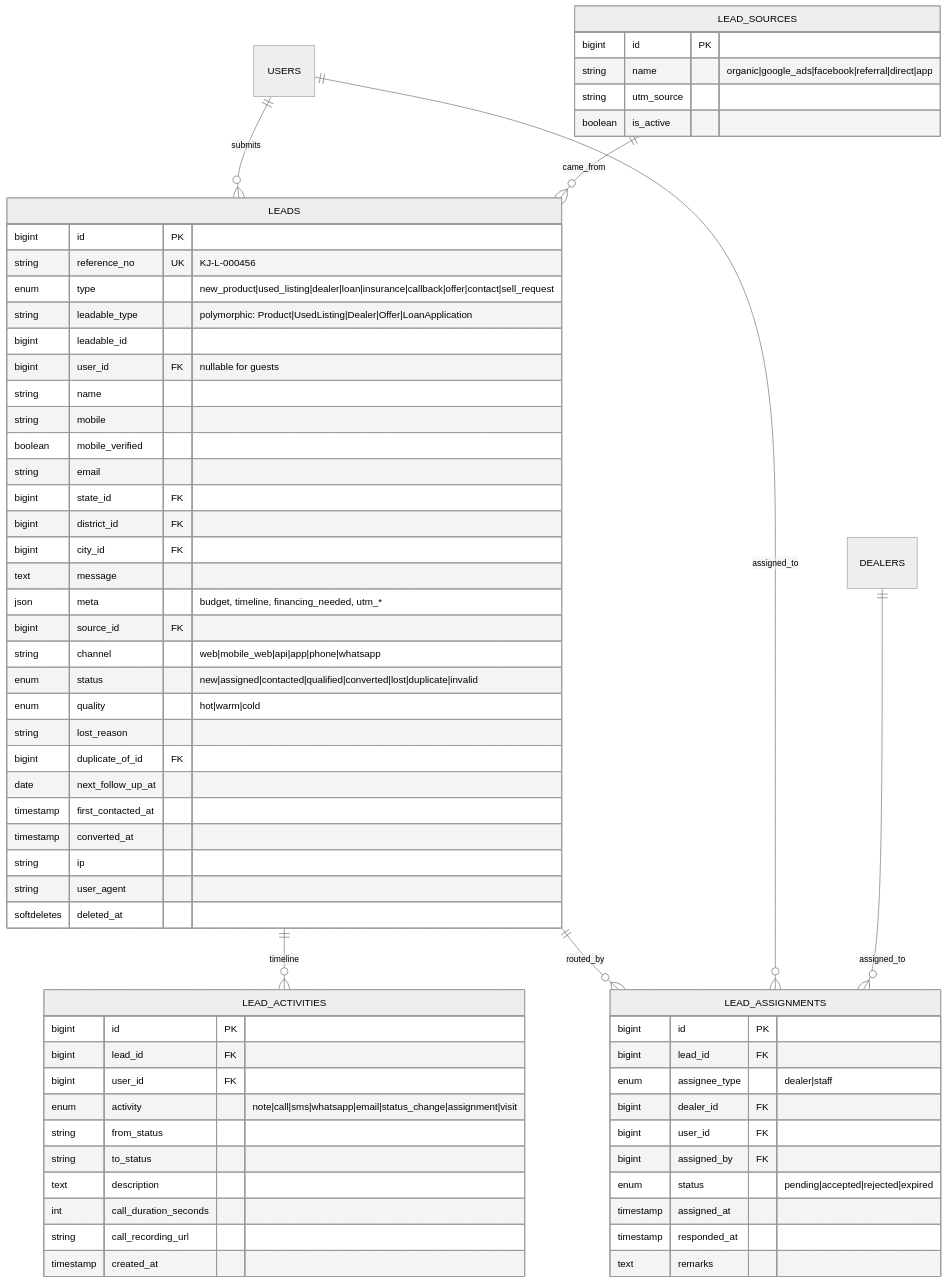
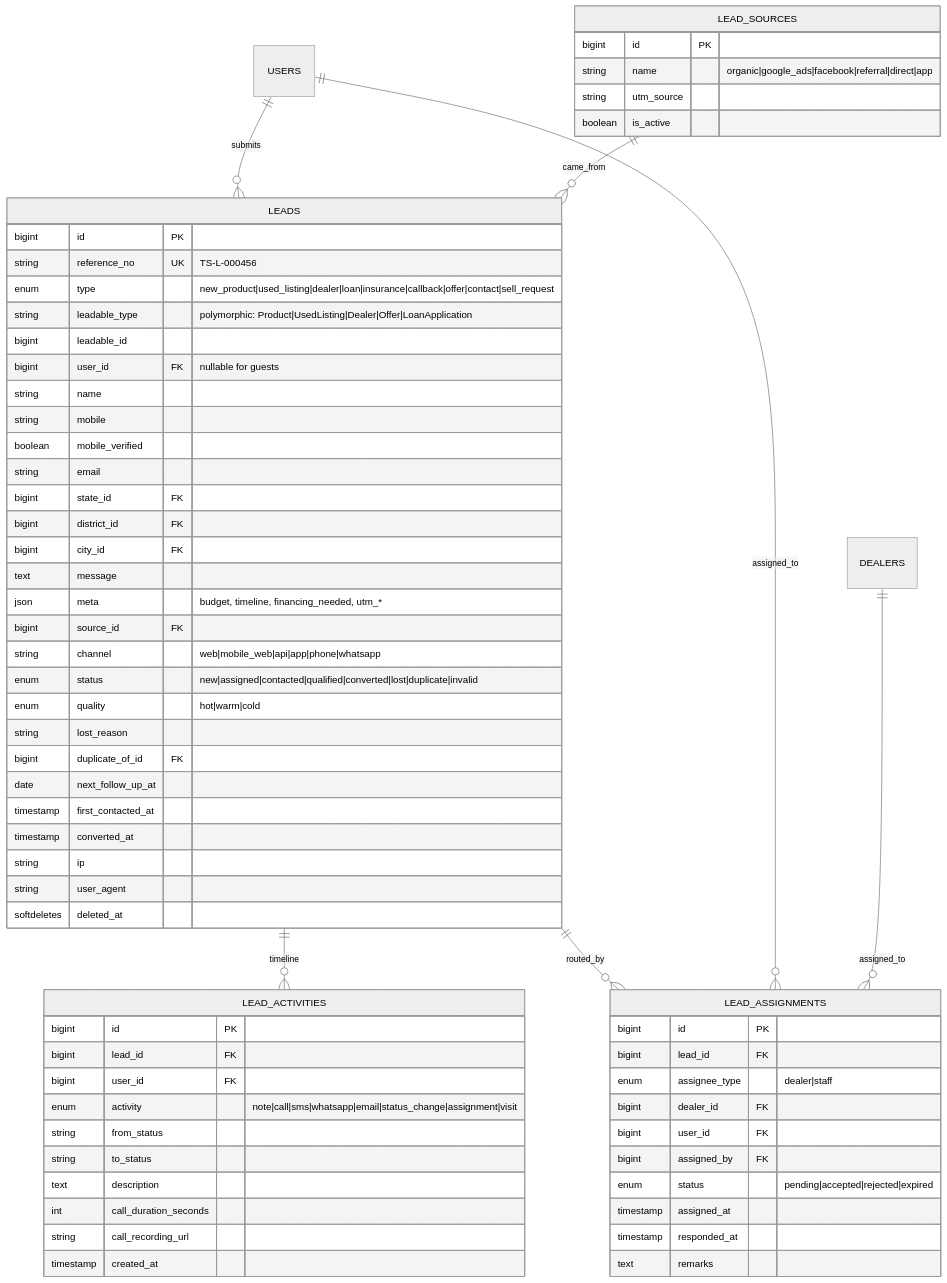
Before and after one commit to sudhanshu441/tractor-junction: the eighth of 13 diagrams in docs/02-ERD.md, drawn with Mermaid (neutral theme). The commit also changed other lines of this file and 161 other files, not shown here.

````diff
--- a/docs/02-ERD.md
+++ b/docs/02-ERD.md
@@ -634,64 +634,64 @@
 ```mermaid
 erDiagram
     LEADS ||--o{ LEAD_ACTIVITIES : timeline
     LEADS ||--o{ LEAD_ASSIGNMENTS : routed_by
     USERS ||--o{ LEADS : submits
     USERS ||--o{ LEAD_ASSIGNMENTS : assigned_to
     DEALERS ||--o{ LEAD_ASSIGNMENTS : assigned_to
     LEAD_SOURCES ||--o{ LEADS : came_from
 
     LEADS {
         bigint id PK
-        string reference_no UK "KJ-L-000456"
+        string reference_no UK "TS-L-000456"
         enum type "new_product|used_listing|dealer|loan|insurance|callback|offer|contact|sell_request"
         string leadable_type "polymorphic: Product|UsedListing|Dealer|Offer|LoanApplication"
         bigint leadable_id
         bigint user_id FK "nullable for guests"
         string name
         string mobile
         boolean mobile_verified
         string email
         bigint state_id FK
         bigint district_id FK
         bigint city_id FK
         text message
         json meta "budget, timeline, financing_needed, utm_*"
         bigint source_id FK
         string channel "web|mobile_web|api|app|phone|whatsapp"
         enum status "new|assigned|contacted|qualified|converted|lost|duplicate|invalid"
         enum quality "hot|warm|cold"
         string lost_reason
         bigint duplicate_of_id FK
         date next_follow_up_at
         timestamp first_contacted_at
         timestamp converted_at
         string ip
         string user_agent
         softdeletes deleted_at
     }
     LEAD_ASSIGNMENTS {
         bigint id PK
         bigint lead_id FK
         enum assignee_type "dealer|staff"
         bigint dealer_id FK
         bigint user_id FK
         bigint assigned_by FK
         enum status "pending|accepted|rejected|expired"
         timestamp assigned_at
         timestamp responded_at
         text remarks
     }
     LEAD_ACTIVITIES {
         bigint id PK
         bigint lead_id FK
         bigint user_id FK
         enum activity "note|call|sms|whatsapp|email|status_change|assignment|visit"
         string from_status
         string to_status
         text description
         int call_duration_seconds
         string call_recording_url
         timestamp created_at
     }
     LEAD_SOURCES { bigint id PK  string name "organic|google_ads|facebook|referral|direct|app"  string utm_source  boolean is_active }
 ```
````
